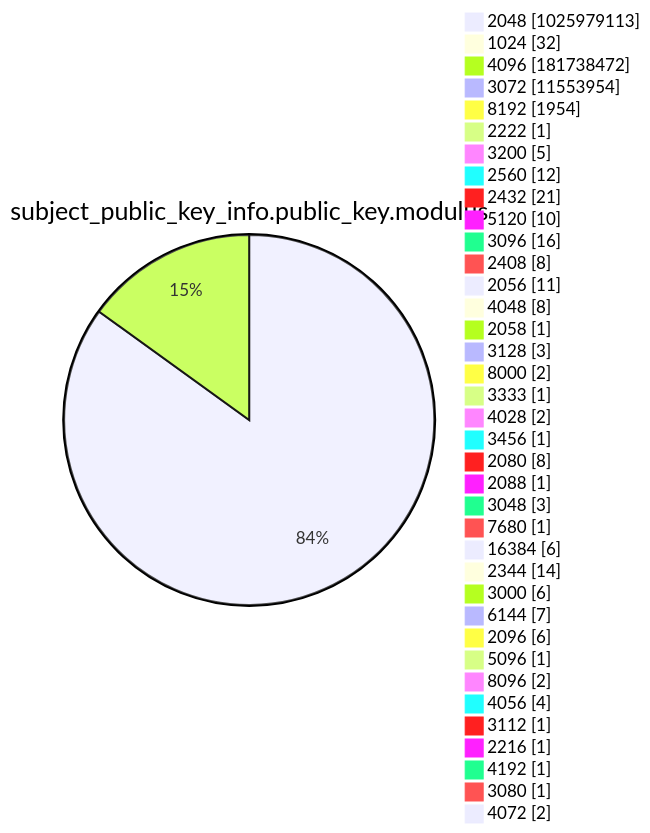
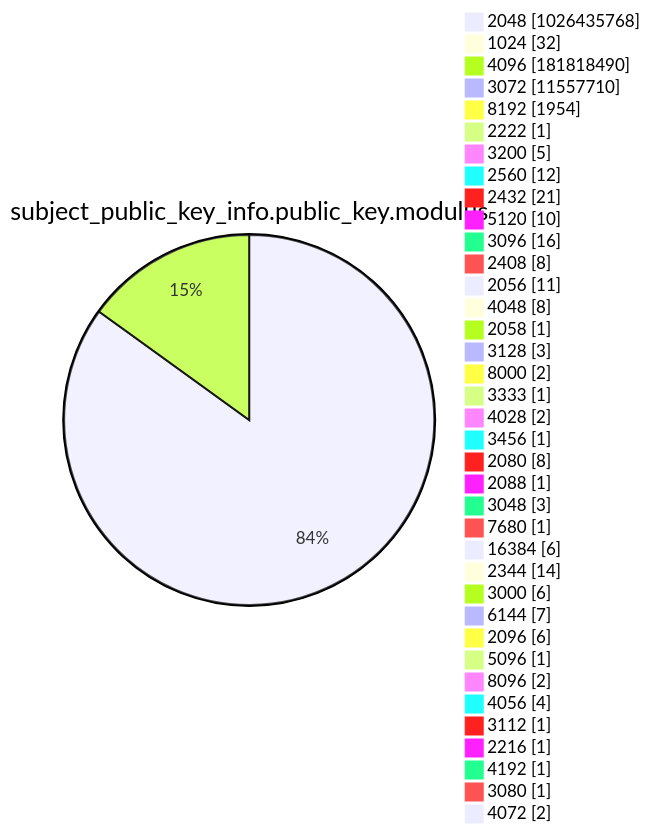
Diagram 13 of 15 in argon2022/README.md (christiankrug/ctmonitor_visualization), drawn with Mermaid before and after one commit. The commit also changed other lines of this file, not shown here.

````diff
--- a/argon2022/README.md
+++ b/argon2022/README.md
@@ -3588,41 +3588,41 @@
 ```mermaid
 pie showData
 title subject_public_key_info.public_key.modulus
-"2048" :1025979113
+"2048" :1026435768
 "1024" :32
-"4096" :181738472
-"3072" :11553954
+"4096" :181818490
+"3072" :11557710
 "8192" :1954
 "2222" :1
 "3200" :5
 "2560" :12
 "2432" :21
 "5120" :10
 "3096" :16
 "2408" :8
 "2056" :11
 "4048" :8
 "2058" :1
 "3128" :3
 "8000" :2
 "3333" :1
 "4028" :2
 "3456" :1
 "2080" :8
 "2088" :1
 "3048" :3
 "7680" :1
 "16384" :6
 "2344" :14
 "3000" :6
 "6144" :7
 "2096" :6
 "5096" :1
 "8096" :2
 "4056" :4
 "3112" :1
 "2216" :1
 "4192" :1
 "3080" :1
 "4072" :2
 ```
````
